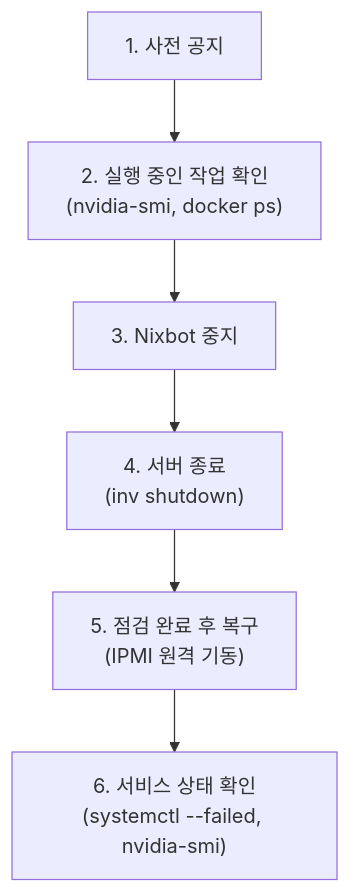
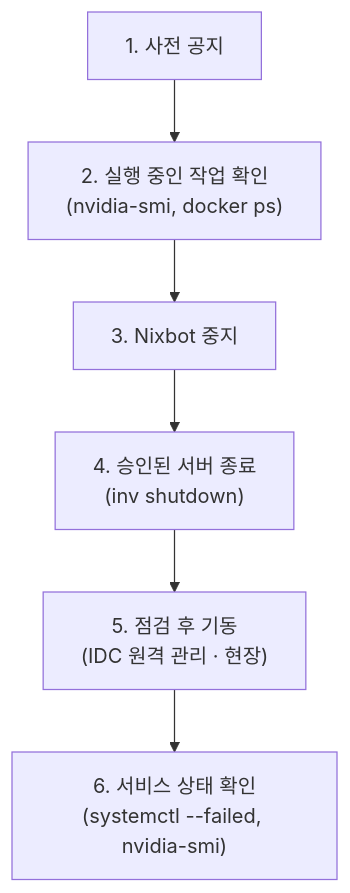
Before and after one commit to SBEE-Lab/infra: the diagram in docs/admin/datacenter.md, drawn with Mermaid. The commit also changed other lines of this file and 49 other files, not shown here.

````diff
--- a/docs/admin/datacenter.md
+++ b/docs/admin/datacenter.md
@@ -78,8 +77,8 @@
 ```mermaid
 flowchart TD
   A["1. 사전 공지"] --> B["2. 실행 중인 작업 확인<br/>(nvidia-smi, docker ps)"]
   B --> C["3. Nixbot 중지"]
-  C --> D["4. 서버 종료<br/>(inv shutdown)"]
-  D --> E["5. 점검 완료 후 복구<br/>(IPMI 원격 기동)"]
+  C --> D["4. 승인된 서버 종료<br/>(inv shutdown)"]
+  D --> E["5. 점검 후 기동<br/>(IDC 원격 관리 · 현장)"]
   E --> F["6. 서비스 상태 확인<br/>(systemctl --failed, nvidia-smi)"]
 ```
````
